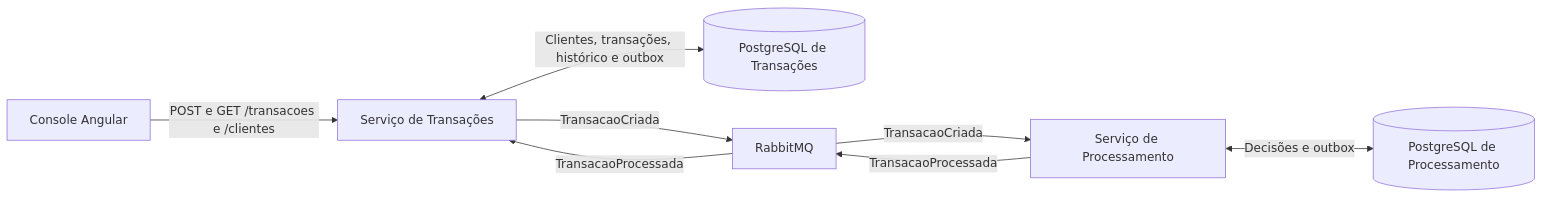
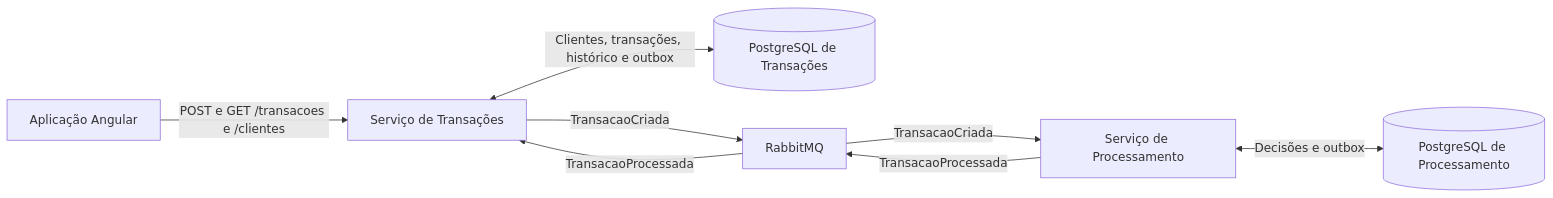
The diagram in README.md (Joaomagh/credpay), drawn with Mermaid before and after one commit. The commit also changed other lines of this file and 9 other files, not shown here.

````diff
--- a/README.md
+++ b/README.md
@@ -36,10 +36,10 @@
 ```mermaid
 flowchart LR
-    UI["Console Angular"] -->|"POST e GET /transacoes e /clientes"| T["Serviço de Transações"]
+    UI["Aplicação Angular"] -->|"POST e GET /transacoes e /clientes"| T["Serviço de Transações"]
     T <-->|"Clientes, transações, histórico e outbox"| DBT[("PostgreSQL de Transações")]
     T -->|"TransacaoCriada"| MQ["RabbitMQ"]
     MQ -->|"TransacaoCriada"| P["Serviço de Processamento"]
     P <-->|"Decisões e outbox"| DBP[("PostgreSQL de Processamento")]
     P -->|"TransacaoProcessada"| MQ
     MQ -->|"TransacaoProcessada"| T
 ```
````
